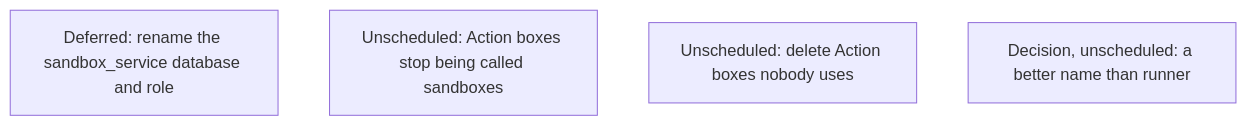
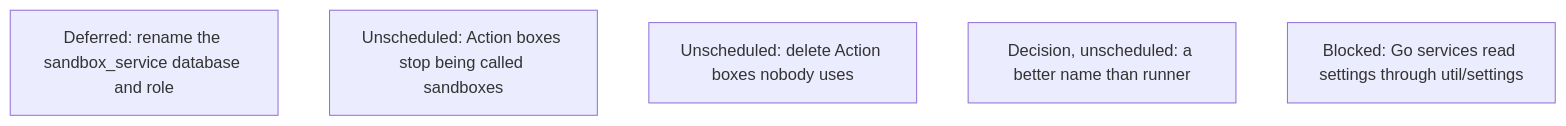
Before and after one commit to agentydragon-agent/ducktape: diagram 12 of 17 in agentplane/plans/task_dag.md, drawn with Mermaid. The commit also changed other lines of this file and 2 other files, not shown here.

````diff
--- a/agentplane/plans/task_dag.md
+++ b/agentplane/plans/task_dag.md
@@ -1599,7 +1599,8 @@
 ```mermaid
 flowchart TD
     HISTORY_DATABASE_RENAME[Deferred: rename the sandbox_service database and role]
     ACTION_BOX_RENAME[Unscheduled: Action boxes stop being called sandboxes]
     ACTION_BOX_IDLE_REAPER[Unscheduled: delete Action boxes nobody uses]
     RUNNER_RENAME[Decision, unscheduled: a better name than runner]
+    GO_SERVICES_SETTINGS_LOADER[Blocked: Go services read settings through util/settings]
 ```
````
